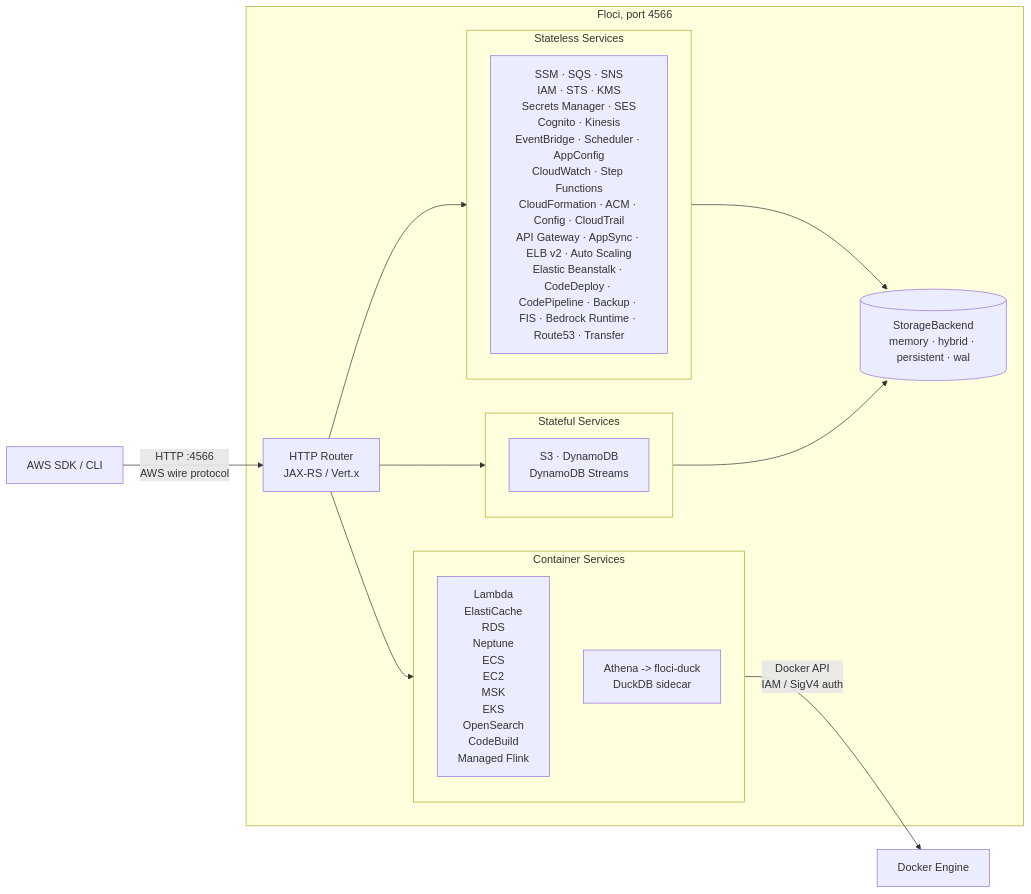
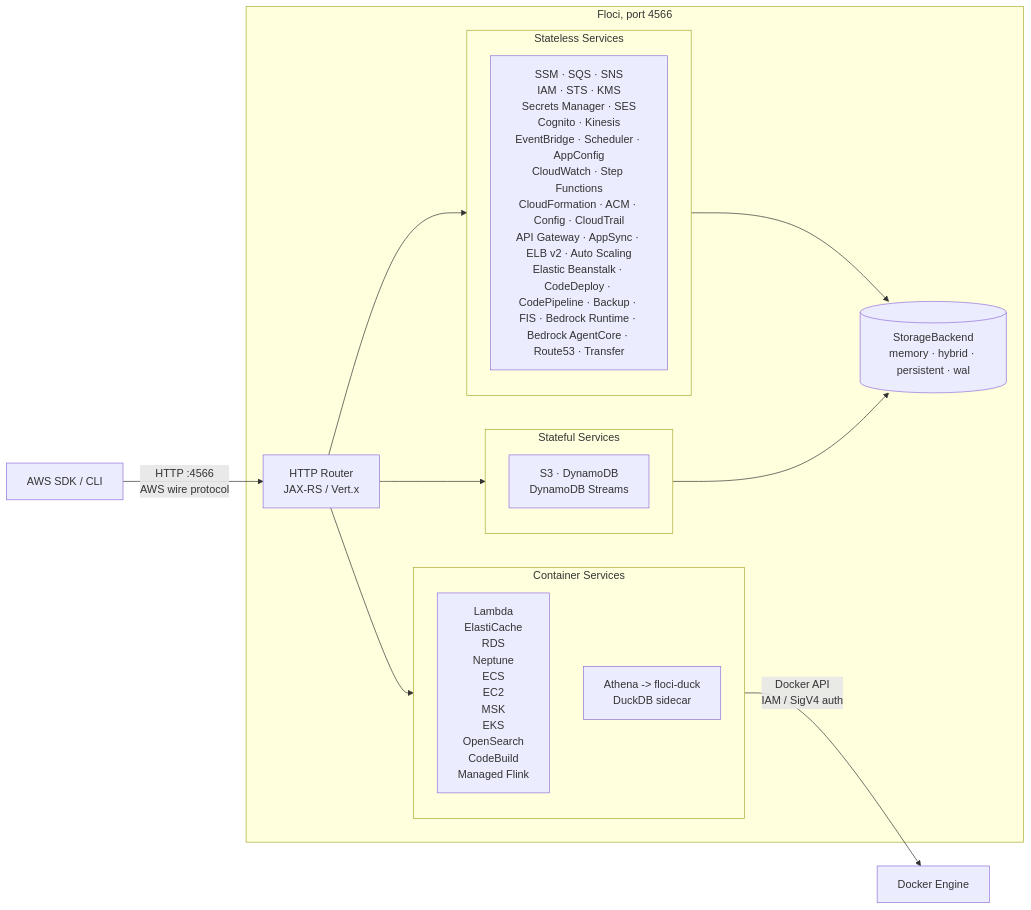
One commit to ryan00x/aws-terraform-ci-validation changed the diagram in README.md. Above: the diagram before and after it, drawn with Mermaid. The commit also changed other lines of this file and 2 other files, not shown here.

First line of the commit message:
docs(bedrockagentcore): document the AgentCore services (#2436)

````diff
--- a/README.md
+++ b/README.md
@@ -185,30 +185,30 @@
 ```mermaid
 flowchart LR
     Client["AWS SDK / CLI"]
 
     subgraph Floci ["Floci, port 4566"]
         Router["HTTP Router\nJAX-RS / Vert.x"]
 
         subgraph Stateless ["Stateless Services"]
-            A["SSM · SQS · SNS\nIAM · STS · KMS\nSecrets Manager · SES\nCognito · Kinesis\nEventBridge · Scheduler · AppConfig\nCloudWatch · Step Functions\nCloudFormation · ACM · Config · CloudTrail\nAPI Gateway · AppSync · ELB v2 · Auto Scaling\nElastic Beanstalk · CodeDeploy · CodePipeline · Backup · FIS · Bedrock Runtime · Route53 · Transfer"]
+            A["SSM · SQS · SNS\nIAM · STS · KMS\nSecrets Manager · SES\nCognito · Kinesis\nEventBridge · Scheduler · AppConfig\nCloudWatch · Step Functions\nCloudFormation · ACM · Config · CloudTrail\nAPI Gateway · AppSync · ELB v2 · Auto Scaling\nElastic Beanstalk · CodeDeploy · CodePipeline · Backup · FIS · Bedrock Runtime · Bedrock AgentCore · Route53 · Transfer"]
         end
 
         subgraph Stateful ["Stateful Services"]
             B["S3 · DynamoDB\nDynamoDB Streams"]
         end
 
         subgraph Containers ["Container Services"]
             C["Lambda\nElastiCache\nRDS\nNeptune\nECS\nEC2\nMSK\nEKS\nOpenSearch\nCodeBuild\nManaged Flink"]
             D["Athena -> floci-duck\nDuckDB sidecar"]
         end
 
         Router --> Stateless
         Router --> Stateful
         Router --> Containers
         Stateless & Stateful --> Store[("StorageBackend\nmemory · hybrid · persistent · wal")]
     end
 
     Docker["Docker Engine"]
     Client -->|"HTTP :4566\nAWS wire protocol"| Router
     Containers -->|"Docker API\nIAM / SigV4 auth"| Docker
 ```
````
